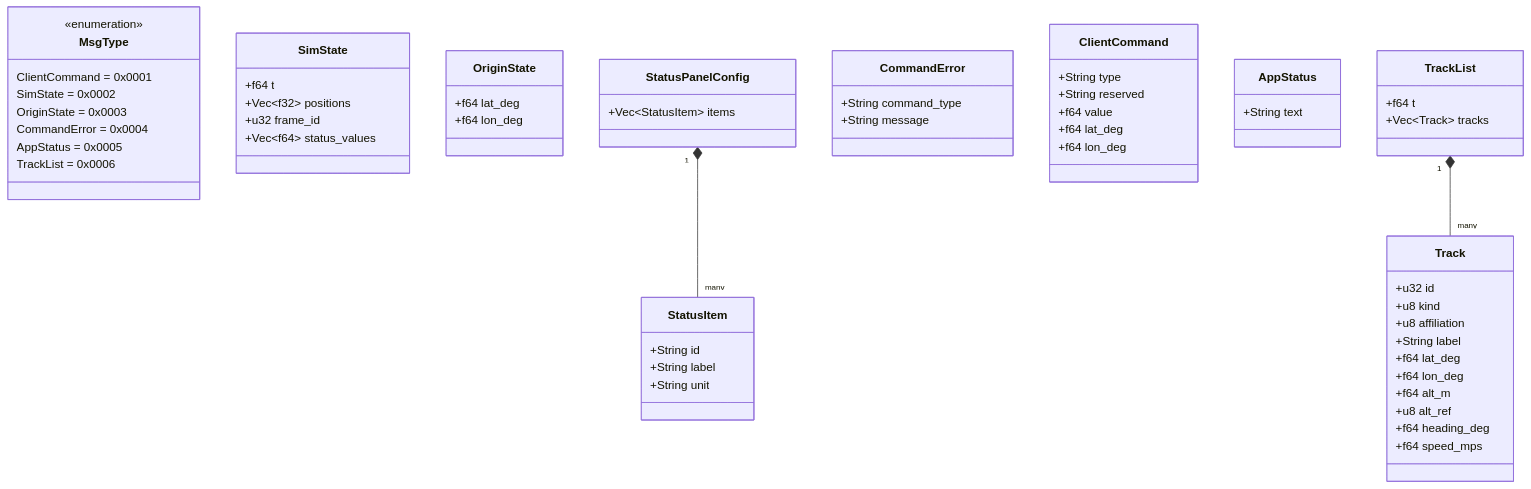
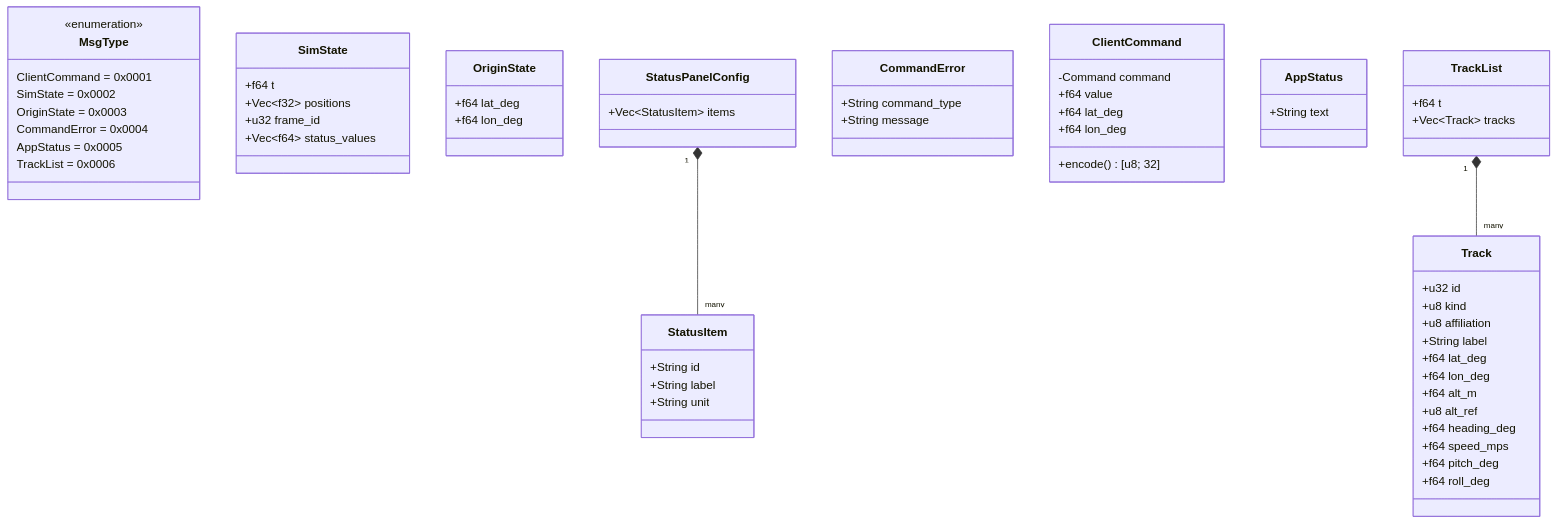
Before and after one commit to ham1a6/SimulationView: the second of 12 diagrams in sample/docs/DETAILED_DESIGN.md, drawn with Mermaid. The commit also changed other lines of this file and 11 other files, not shown here.

````diff
--- a/sample/docs/DETAILED_DESIGN.md
+++ b/sample/docs/DETAILED_DESIGN.md
@@ -193,62 +224,64 @@
 ```mermaid
 classDiagram
     class MsgType {
         <<enumeration>>
         ClientCommand = 0x0001
         SimState = 0x0002
         OriginState = 0x0003
         CommandError = 0x0004
         AppStatus = 0x0005
         TrackList = 0x0006
     }
     class SimState {
         +f64 t
         +Vec~f32~ positions
         +u32 frame_id
         +Vec~f64~ status_values
     }
     class OriginState {
         +f64 lat_deg
         +f64 lon_deg
     }
     class StatusPanelConfig {
         +Vec~StatusItem~ items
     }
     class StatusItem {
         +String id
         +String label
         +String unit
     }
     class CommandError {
         +String command_type
         +String message
     }
     class ClientCommand {
-        +String type
-        +String reserved
+        -Command command
         +f64 value
         +f64 lat_deg
         +f64 lon_deg
+        +encode() [u8; 32]
     }
     class AppStatus {
         +String text
     }
     class TrackList {
         +f64 t
         +Vec~Track~ tracks
     }
     class Track {
         +u32 id
         +u8 kind
         +u8 affiliation
         +String label
         +f64 lat_deg
         +f64 lon_deg
         +f64 alt_m
         +u8 alt_ref
         +f64 heading_deg
         +f64 speed_mps
+        +f64 pitch_deg
+        +f64 roll_deg
     }
     StatusPanelConfig "1" *-- "many" StatusItem
     TrackList "1" *-- "many" Track
 ```
````
